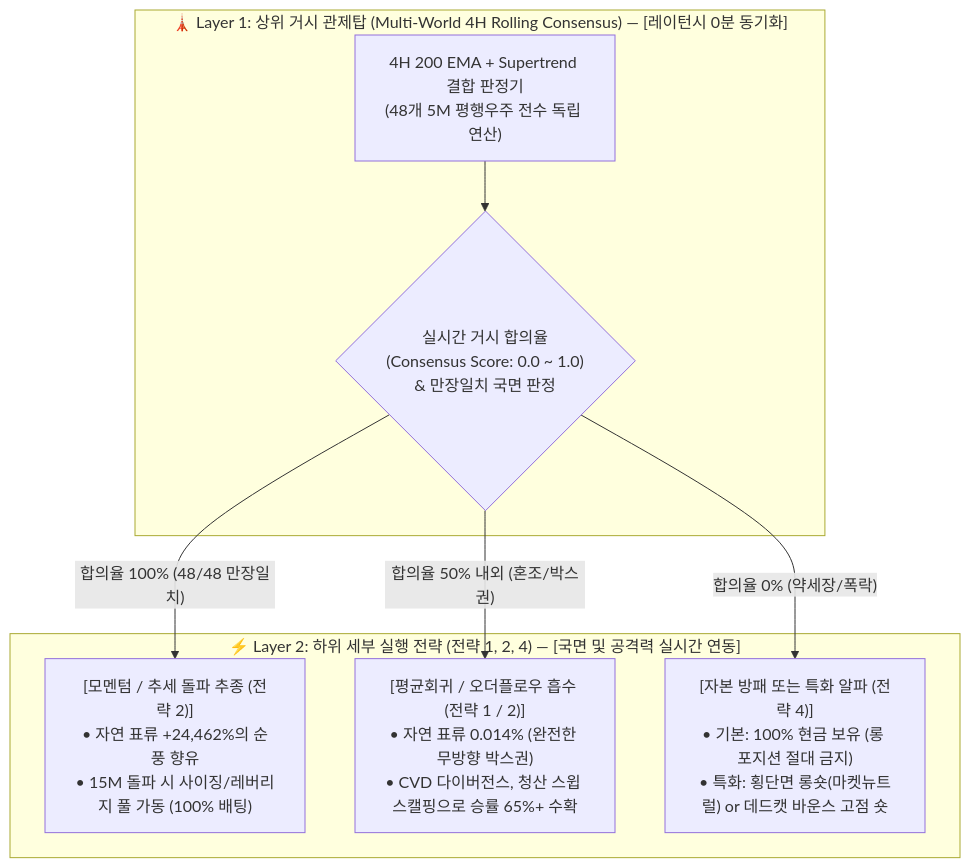
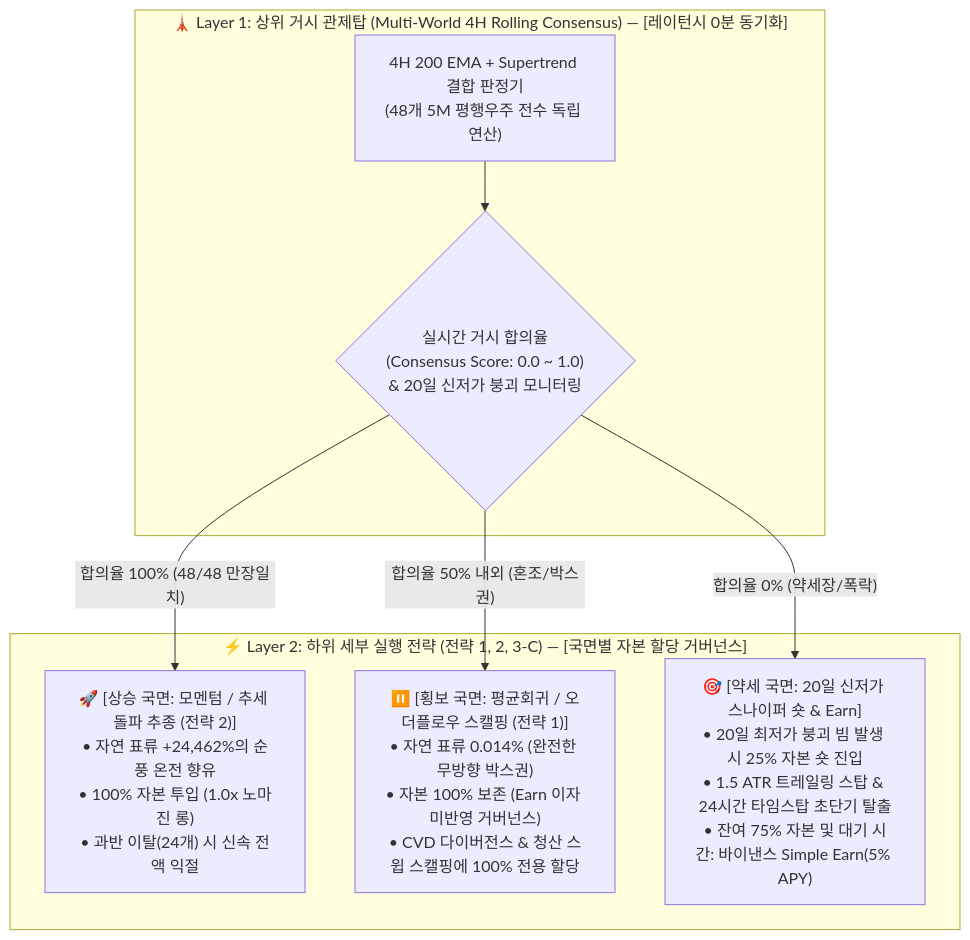
One commit to isltod/extreme-trading-experiments changed the diagram in docs/strat03_regime/strategy_charter.md. Above: the diagram before and after it, drawn with Mermaid. The commit also changed other lines of this file and 10 other files, not shown here.

First line of the commit message:
feat(strat03): update Strategy 3 to v1.2 with bear breakdown sniper and bear-only earn

````diff
--- a/docs/strat03_regime/strategy_charter.md
+++ b/docs/strat03_regime/strategy_charter.md
@@ -35,15 +39,15 @@
 ```mermaid
 flowchart TD
     subgraph Layer1["🗼 Layer 1: 상위 거시 관제탑 (Multi-World 4H Rolling Consensus) — [레이턴시 0분 동기화]"]
         L1_Engine["4H 200 EMA + Supertrend 결합 판정기<br/>(48개 5M 평행우주 전수 독립 연산)"]
-        L1_Engine --> L1_State{"실시간 거시 합의율<br/>(Consensus Score: 0.0 ~ 1.0)<br/>& 만장일치 국면 판정"}
+        L1_Engine --> L1_State{"실시간 거시 합의율<br/>(Consensus Score: 0.0 ~ 1.0)<br/>& 20일 신저가 붕괴 모니터링"}
     end
 
-    subgraph Layer2["⚡ Layer 2: 하위 세부 실행 전략 (전략 1, 2, 4) — [국면 및 공격력 실시간 연동]"]
-        L1_State -->|"합의율 100% (48/48 만장일치)"| M_Trend["[모멘텀 / 추세 돌파 추종 (전략 2)]<br/>• 자연 표류 +24,462%의 순풍 향유<br/>• 15M 돌파 시 사이징/레버리지 풀 가동 (100% 배팅)"]
+    subgraph Layer2["⚡ Layer 2: 하위 세부 실행 전략 (전략 1, 2, 3-C) — [국면별 자본 할당 거버넌스]"]
+        L1_State -->|"합의율 100% (48/48 만장일치)"| M_Trend["🚀 [상승 국면: 모멘텀 / 추세 돌파 추종 (전략 2)]<br/>• 자연 표류 +24,462%의 순풍 온전 향유<br/>• 100% 자본 투입 (1.0x 노마진 롱)<br/>• 과반 이탈(24개) 시 신속 전액 익절"]
         
-        L1_State -->|"합의율 50% 내외 (혼조/박스권)"| M_Range["[평균회귀 / 오더플로우 흡수 (전략 1 / 2)]<br/>• 자연 표류 0.014% (완전한 무방향 박스권)<br/>• CVD 다이버전스, 청산 스윕 스캘핑으로 승률 65%+ 수확"]
+        L1_State -->|"합의율 50% 내외 (혼조/박스권)"| M_Range["⏸️ [횡보 국면: 평균회귀 / 오더플로우 스캘핑 (전략 1)]<br/>• 자연 표류 0.014% (완전한 무방향 박스권)<br/>• 자본 100% 보존 (Earn 이자 미반영 거버넌스)<br/>• CVD 다이버전스 & 청산 스윕 스캘핑에 100% 전용 할당"]
         
-        L1_State -->|"합의율 0% (약세장/폭락)"| M_Bear["[자본 방패 또는 특화 알파 (전략 4)]<br/>• 기본: 100% 현금 보유 (롱 포지션 절대 금지)<br/>• 특화: 횡단면 롱숏(마켓뉴트럴) or 데드캣 바운스 고점 숏"]
+        L1_State -->|"합의율 0% (약세장/폭락)"| M_Bear["🎯 [약세 국면: 20일 신저가 스나이퍼 숏 & Earn]<br/>• 20일 최저가 붕괴 빔 발생 시 25% 자본 숏 진입<br/>• 1.5 ATR 트레일링 스탑 & 24시간 타임스탑 초단기 탈출<br/>• 잔여 75% 자본 및 대기 시간: 바이낸스 Simple Earn(5% APY)"]
     end
 ```
````
